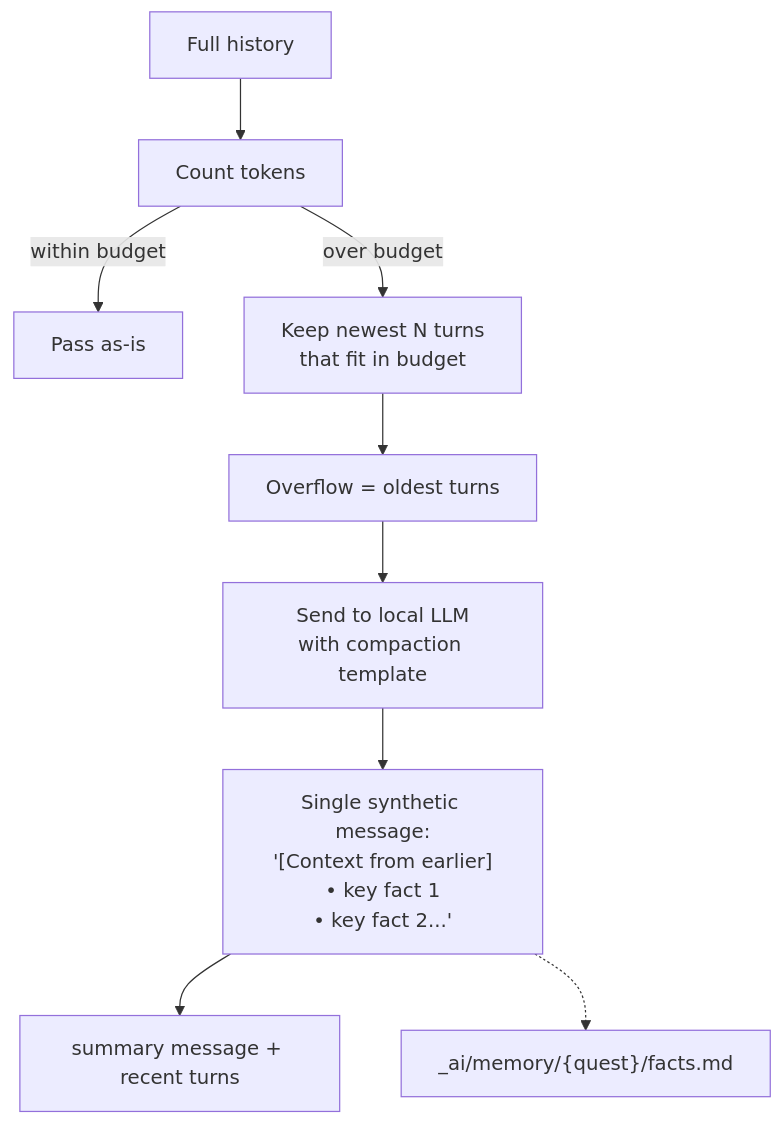
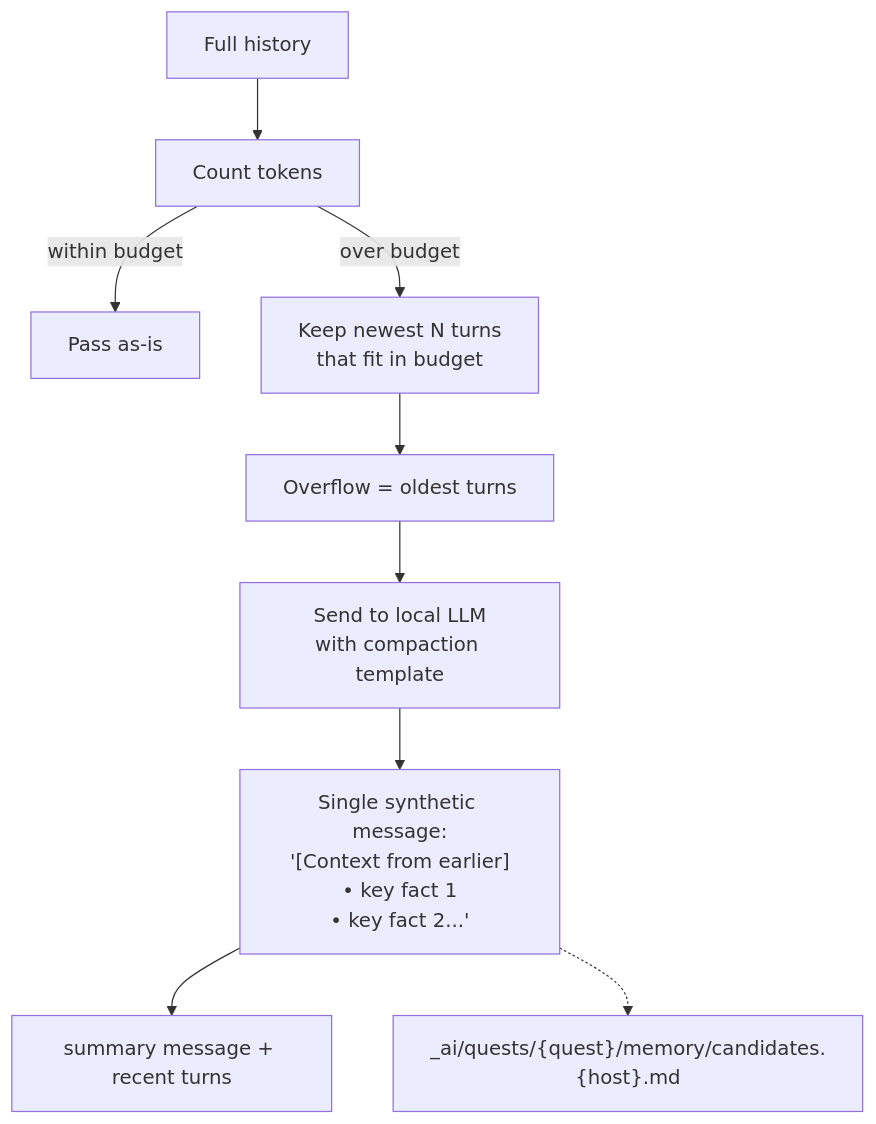
One commit to al-the-bear/tom_vscode changed the sixth of 9 diagrams in tom_vscode_extension/doc/anthropic_sdk_integration.md. Above: the diagram before and after it, drawn with Mermaid. The commit also changed other lines of this file and 105 other files, not shown here.

First line of the commit message:
Extension: quest-only saved prompts, quest notes in notes/ with a picker, workspace notes file, quest memory in the quest folder (01_aifmt-3)

````diff
--- a/tom_vscode_extension/doc/anthropic_sdk_integration.md
+++ b/tom_vscode_extension/doc/anthropic_sdk_integration.md
@@ -332,11 +343,11 @@
 ```mermaid
 flowchart TD
     IN[Full history] --> COUNT[Count tokens]
     COUNT -->|within budget| PASS[Pass as-is]
     COUNT -->|over budget| SPLIT[Keep newest N turns\nthat fit in budget]
     SPLIT --> OVERFLOW[Overflow = oldest turns]
     OVERFLOW --> COMPACT[Send to local LLM\nwith compaction template]
     COMPACT --> SMSG["Single synthetic message:\n'[Context from earlier]\n• key fact 1\n• key fact 2...'"]
     SMSG --> FINAL[summary message + recent turns]
-    SMSG -.-> MEM["_ai/memory/{quest}/facts.md"]
+    SMSG -.-> MEM["_ai/quests/{quest}/memory/candidates.{host}.md"]
 ```
````
